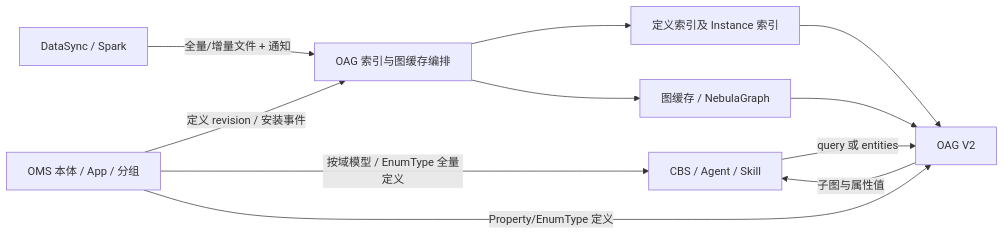
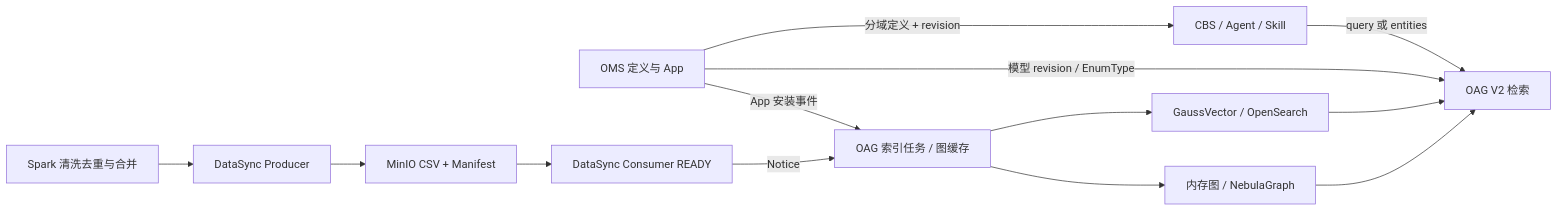
The first of 3 diagrams in docs/Agentic Operation Center 27.3.0 功能设计说明书（IRxxx 软件Q4需求）.md (cfwl100/onology_dsl), drawn with Mermaid before and after one commit. The commit also changed other lines of this file, not shown here.

Commit message:
docs: TODO阶段1 对齐V2规范、OMS 10会话3秒、OMS/OAG多实例与20项原始需求

````diff
--- a/docs/Agentic Operation Center 27.3.0 功能设计说明书（IRxxx 软件Q4需求）.md
+++ b/docs/Agentic Operation Center 27.3.0 功能设计说明书（IRxxx 软件Q4需求）.md
@@ -55,13 +56,15 @@
 ```mermaid
 flowchart LR
-    A[CBS / Agent / Skill] -->|query 或 entities| B[OAG V2]
-    C[OMS 本体 / App / 分组] -->|定义 revision / 安装事件| D[OAG 索引与图缓存编排]
-    D --> V[定义索引及 Instance 索引]
-    D --> G[图缓存 / NebulaGraph]
-    E[DataSync / Spark] -->|全量/增量文件 + 通知| D
-    V --> B
-    G --> B
-    C -->|按域模型 / EnumType 全量定义| A
-    C -->|Property/EnumType 定义| B
-    B -->|子图与属性值| A
+  Agent[CBS / Agent / Skill] -->|query 或 entities| OAG[OAG V2 检索]
+  OMS[OMS 定义与 App] -->|模型 revision / EnumType| OAG
+  OMS -->|分域定义 + revision| Agent
+  OMS -->|App 安装事件| Job[OAG 索引任务 / 图缓存]
+  Spark[Spark 清洗去重与合并] --> Producer[DataSync Producer]
+  Producer --> MinIO[MinIO CSV + Manifest]
+  MinIO --> Consumer[DataSync Consumer READY]
+  Consumer -->|Notice| Job
+  Job --> GV[GaussVector / OpenSearch]
+  Job --> Graph[内存图 / NebulaGraph]
+  GV --> OAG
+  Graph --> OAG
 ```
````
